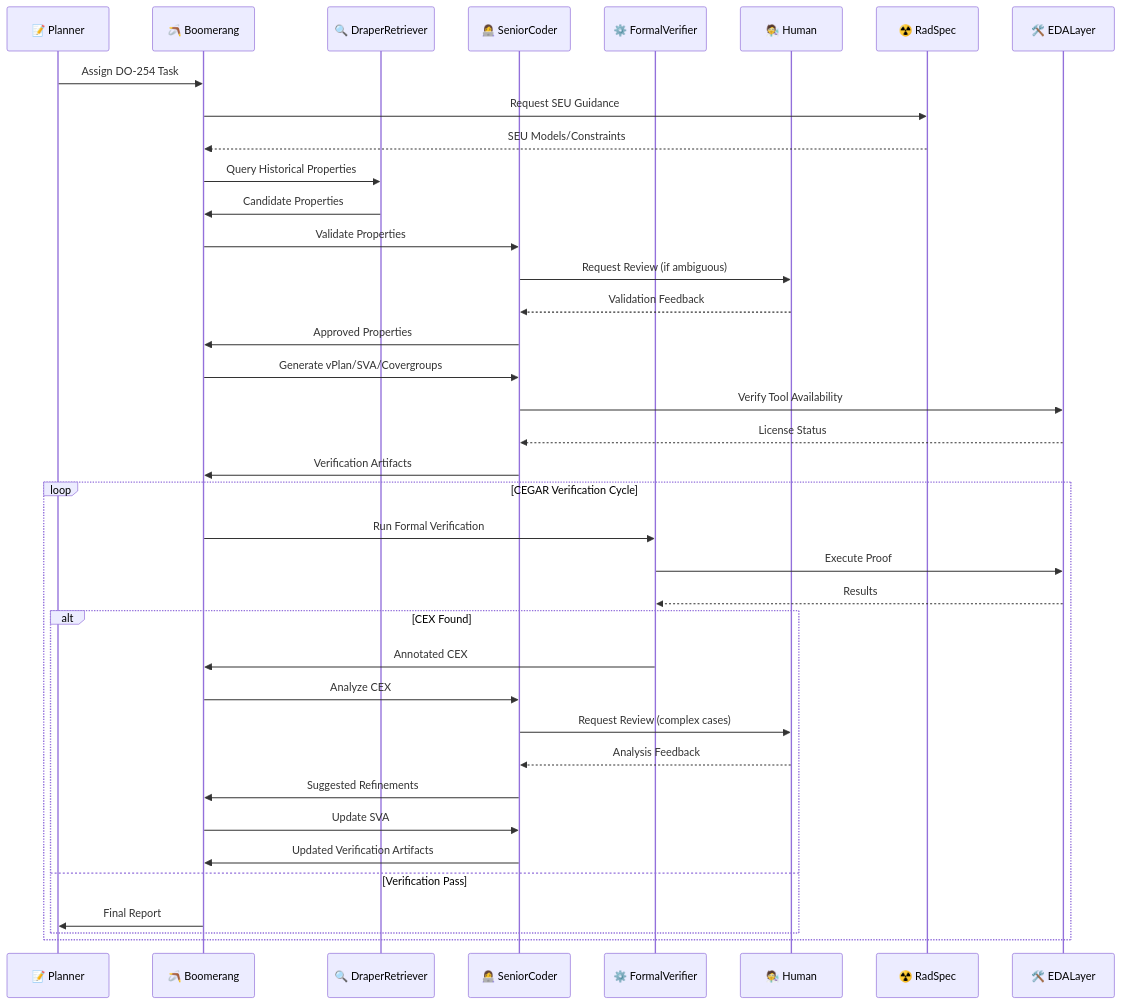
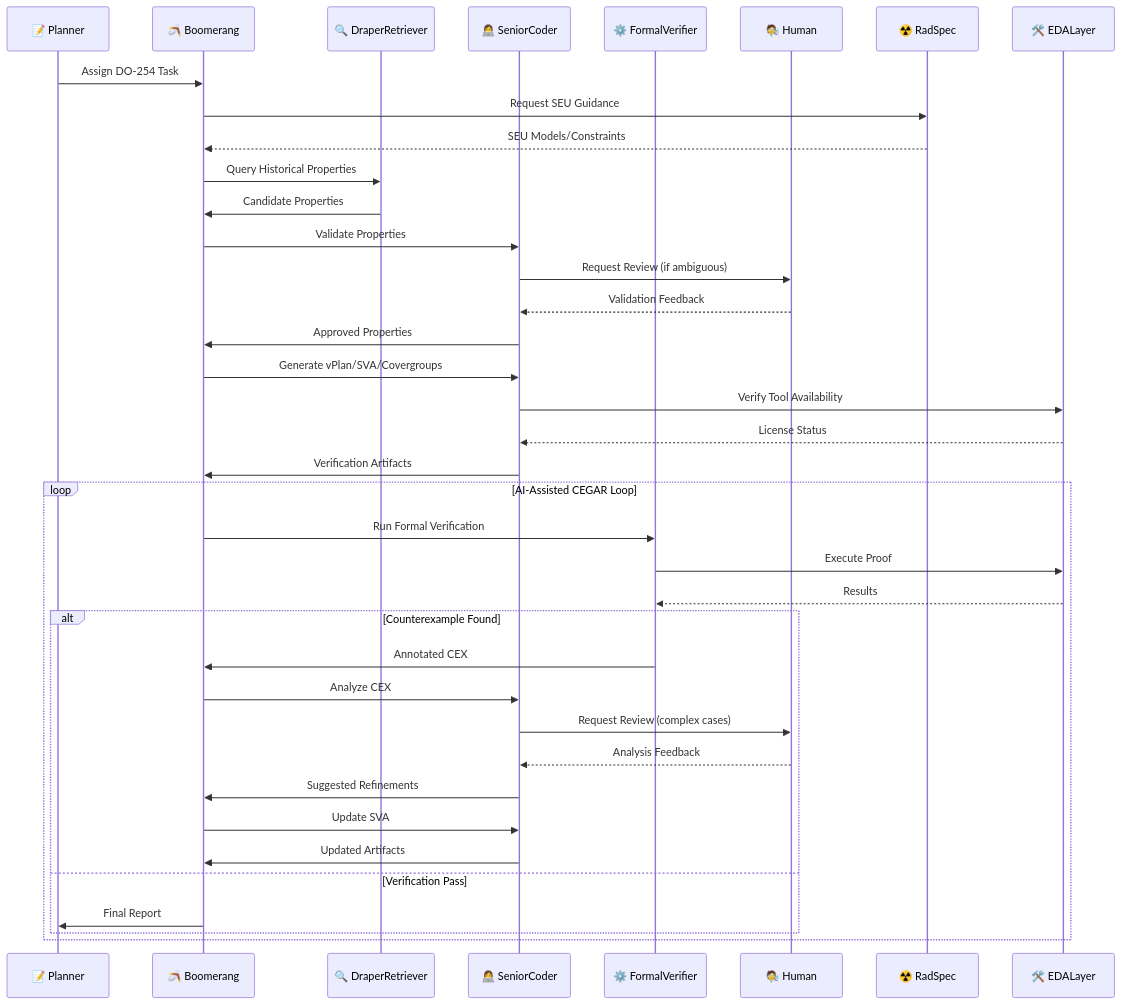
Before and after one commit to grahama1970/draper: the diagram in draper_formal_planner/README.md, drawn with Mermaid. The commit also changed other lines of this file and 4 other files, not shown here.

````diff
--- a/draper_formal_planner/README.md
+++ b/draper_formal_planner/README.md
@@ -53,43 +58,43 @@
 ```mermaid
 sequenceDiagram
     participant Planner as 📝 Planner
     participant Boomerang as 🪃 Boomerang
     participant Retriever as 🔍 DraperRetriever
     participant Coder as 👩‍💻 SeniorCoder
     participant Verifier as ⚙️ FormalVerifier
     participant Human as 🧑‍🔬 Human
     participant RadSpec as ☢️ RadSpec
     participant EDALayer as 🛠️ EDALayer
 
     Planner->>Boomerang: Assign DO-254 Task
     Boomerang->>RadSpec: Request SEU Guidance
     RadSpec-->>Boomerang: SEU Models/Constraints
     Boomerang->>Retriever: Query Historical Properties
     Retriever->>Boomerang: Candidate Properties
     Boomerang->>Coder: Validate Properties
     Coder->>Human: Request Review (if ambiguous)
     Human-->>Coder: Validation Feedback
     Coder->>Boomerang: Approved Properties
     
     Boomerang->>Coder: Generate vPlan/SVA/Covergroups
     Coder->>EDALayer: Verify Tool Availability
     EDALayer-->>Coder: License Status
     Coder->>Boomerang: Verification Artifacts
     
-    loop CEGAR Verification Cycle
+    loop AI-Assisted CEGAR Loop
         Boomerang->>Verifier: Run Formal Verification
         Verifier->>EDALayer: Execute Proof
         EDALayer-->>Verifier: Results
-        alt CEX Found
+        alt Counterexample Found
             Verifier->>Boomerang: Annotated CEX
             Boomerang->>Coder: Analyze CEX
             Coder->>Human: Request Review (complex cases)
             Human-->>Coder: Analysis Feedback
             Coder->>Boomerang: Suggested Refinements
             Boomerang->>Coder: Update SVA
-            Coder->>Boomerang: Updated Verification Artifacts
+            Coder->>Boomerang: Updated Artifacts
         else Verification Pass
             Boomerang->>Planner: Final Report
         end
     end
 ```
````
